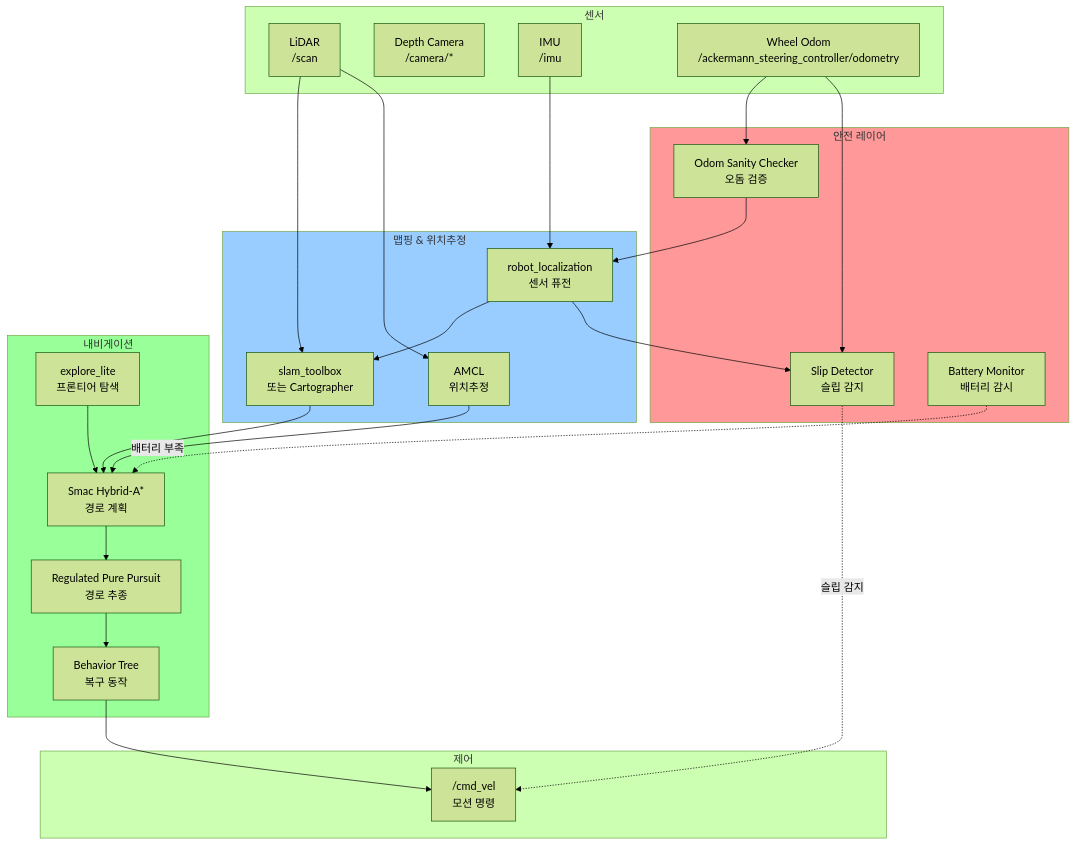
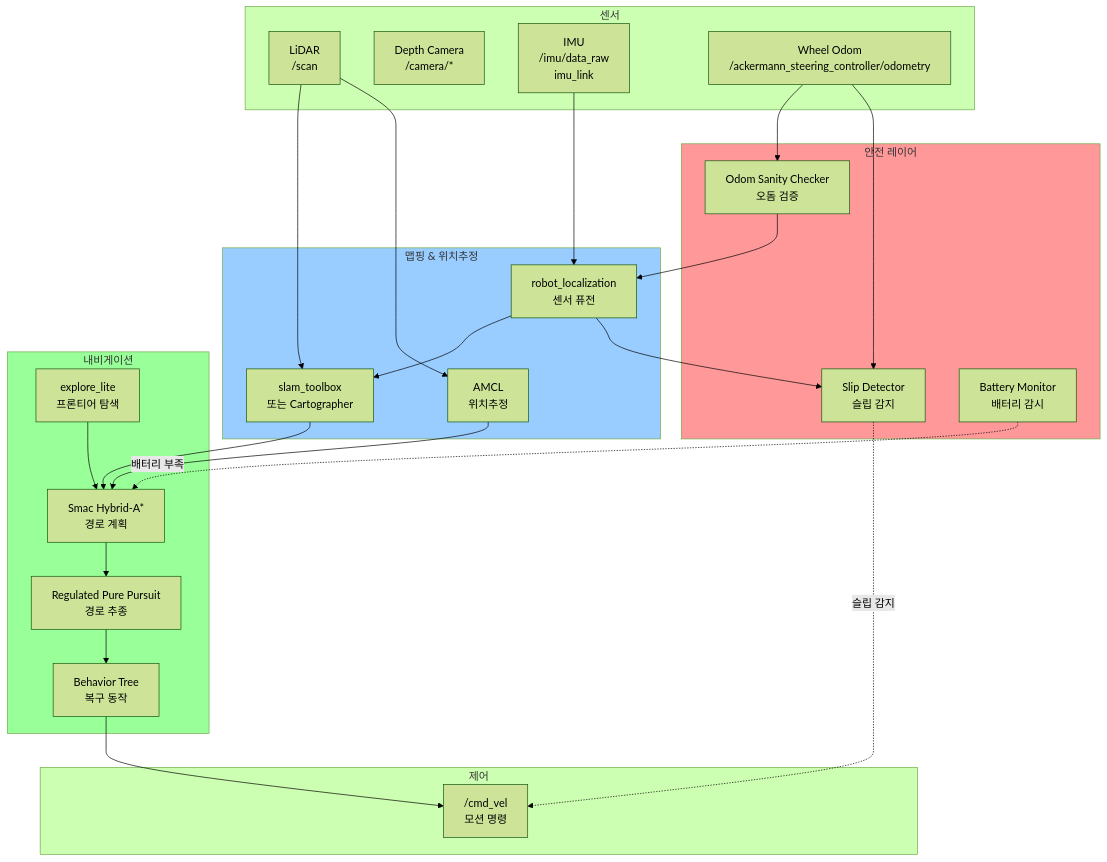
Before and after one commit to abraxas4/ROSMASTER-R2-fork: the diagram in code/yahboomcar_ros2_ws/src/r2_autonomy/README.md, drawn with Mermaid (forest theme). The commit also changed other lines of this file and 24 other files, not shown here.

````diff
--- a/code/yahboomcar_ros2_ws/src/r2_autonomy/README.md
+++ b/code/yahboomcar_ros2_ws/src/r2_autonomy/README.md
@@ -18,55 +18,55 @@
 ```mermaid
 flowchart TB
     subgraph Sensors["센서"]
         LIDAR["LiDAR<br/>/scan"]
         CAM["Depth Camera<br/>/camera/*"]
-        IMU["IMU<br/>/imu"]
+        IMU["IMU<br/>/imu/data_raw<br/>imu_link"]
         ODOM["Wheel Odom<br/>/ackermann_steering_controller/odometry"]
     end
     
     subgraph Safety["안전 레이어"]
         SLIP["Slip Detector<br/>슬립 감지"]
         BATT["Battery Monitor<br/>배터리 감시"]
         ODOM_CHK["Odom Sanity Checker<br/>오돔 검증"]
     end
     
     subgraph SLAM["맵핑 & 위치추정"]
         SLAM_TOOL["slam_toolbox<br/>또는 Cartographer"]
         AMCL["AMCL<br/>위치추정"]
         EKF["robot_localization<br/>센서 퓨전"]
     end
     
     subgraph Navigation["내비게이션"]
         PLANNER["Smac Hybrid-A*<br/>경로 계획"]
         CONTROLLER["Regulated Pure Pursuit<br/>경로 추종"]
         BT["Behavior Tree<br/>복구 동작"]
         EXPLORE["explore_lite<br/>프론티어 탐색"]
     end
     
     subgraph Output["제어"]
         CMD["/cmd_vel<br/>모션 명령"]
     end
     
     LIDAR --> SLAM_TOOL
     LIDAR --> AMCL
     ODOM --> ODOM_CHK
     ODOM_CHK --> EKF
     IMU --> EKF
     EKF --> SLAM_TOOL
     EKF --> SLIP
     ODOM --> SLIP
     
     SLAM_TOOL --> PLANNER
     AMCL --> PLANNER
     PLANNER --> CONTROLLER
     CONTROLLER --> BT
     BT --> CMD
     EXPLORE --> PLANNER
     
     BATT -.배터리 부족.-> PLANNER
     SLIP -.슬립 감지.-> CMD
     
     style Safety fill:#ff9999
     style SLAM fill:#99ccff
     style Navigation fill:#99ff99
 ```
````
